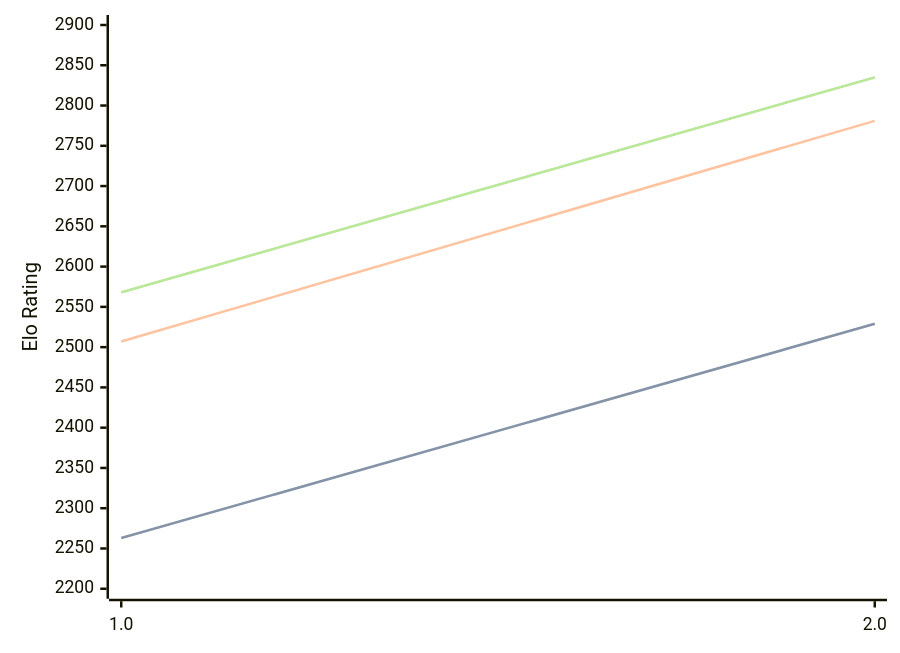
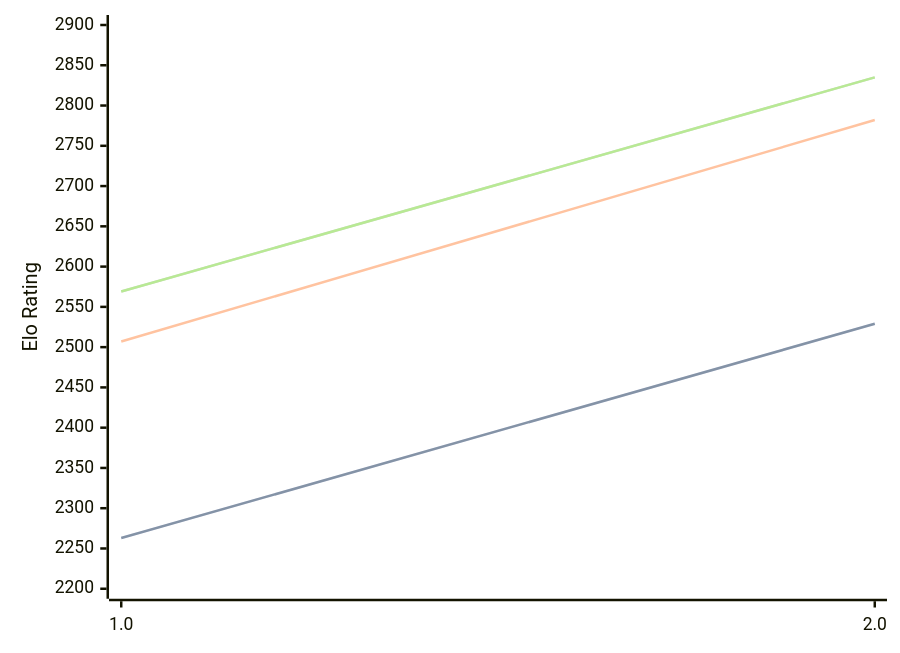
The diagram in engines/Revolver.md (computer-chess-index/cci), drawn with Mermaid before and after one commit. The commit also changed other lines of this file, not shown here.

Commit message:
Update CCI Ratings (ELO VLTC) - 2026-10-08

````diff
--- a/engines/Revolver.md
+++ b/engines/Revolver.md
@@ -32,11 +32,11 @@
 ```mermaid
 %%{init: {"theme":"base","themeVariables":{"seriesColors:['#a3a3a3','#222221','#faa371']}}}%%
 xychart-beta
   x-axis ["1.0", "2.0"]
   y-axis "Elo Rating" 2200 --> 2900
   line "" [2263, 2529]
   line "STC (8.0+0.08s)" [2263, 2529]
-  line "LTC (60.0+0.60s)" [2507, 2781]
-  line "" [2568, 2835]
-  line "VLTC (2m24s+1.12s)" [2568, 2835]
+  line "LTC (60.0+0.60s)" [2507, 2782]
+  line "" [2569, 2835]
+  line "VLTC (2m24s+1.12s)" [2569, 2835]
 ```
````
